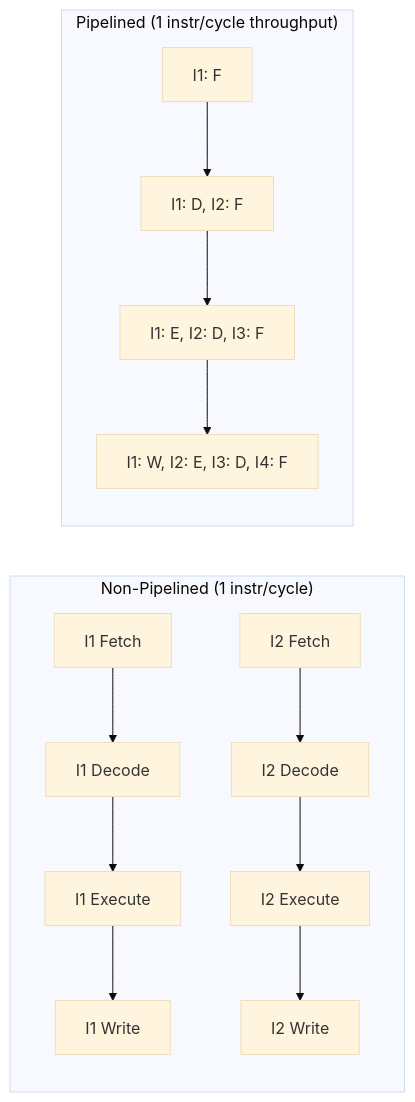
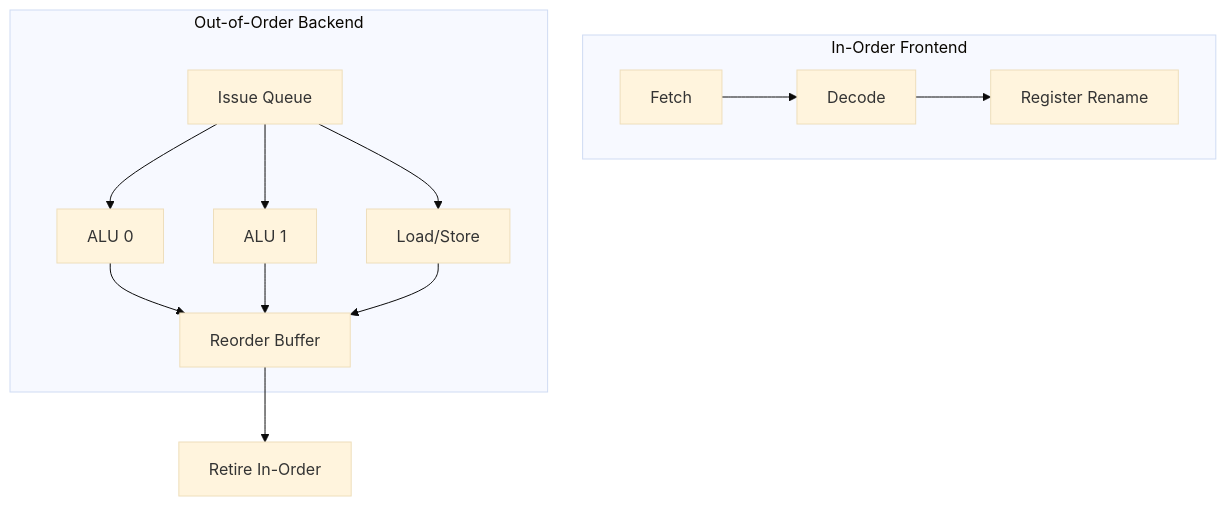
Before and after one commit to vanos001/placement_prep: the fourth of 4 diagrams in src/arch/pipelining/README.md, drawn with Mermaid (base theme). The commit also changed other lines of this file and 7 other files, not shown here.

First line of the commit message:
docs: fill empty language files and expand thin architecture files

````diff
--- a/src/arch/pipelining/README.md
+++ b/src/arch/pipelining/README.md
@@ -24,10 +197,16 @@
 ```mermaid
-graph LR
-    subgraph "Non-Pipelined (1 instr/cycle)"
-        I1F[I1 Fetch] --> I1D[I1 Decode] --> I1E[I1 Execute] --> I1W[I1 Write]
-        I2F[I2 Fetch] --> I2D[I2 Decode] --> I2E[I2 Execute] --> I2W[I2 Write]
+graph TB
+    subgraph "In-Order Frontend"
+        FETCH[Fetch] --> DECODE[Decode]
+        DECODE --> RENAME[Register Rename]
     end
-    subgraph "Pipelined (1 instr/cycle throughput)"
-        P1[I1: F] --> P2[I1: D, I2: F] --> P3[I1: E, I2: D, I3: F] --> P4[I1: W, I2: E, I3: D, I4: F]
+    subgraph "Out-of-Order Backend"
+        ISSUE[Issue Queue] --> EX1[ALU 0]
+        ISSUE --> EX2[ALU 1]
+        ISSUE --> EX3[Load/Store]
+        EX1 --> ROB[Reorder Buffer]
+        EX2 --> ROB
+        EX3 --> ROB
     end
+    ROB --> RETIRE[Retire In-Order]
 ```
````
